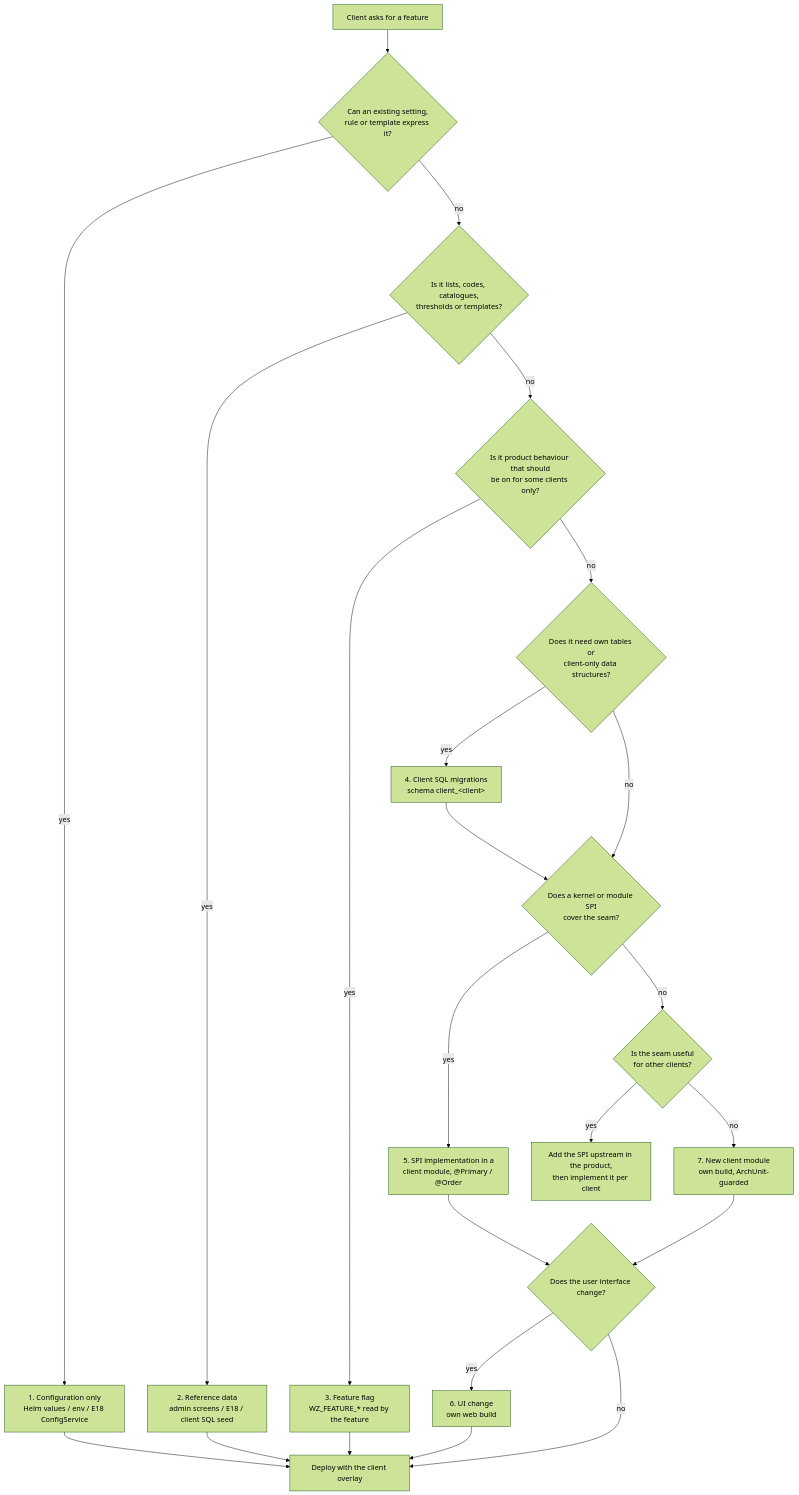
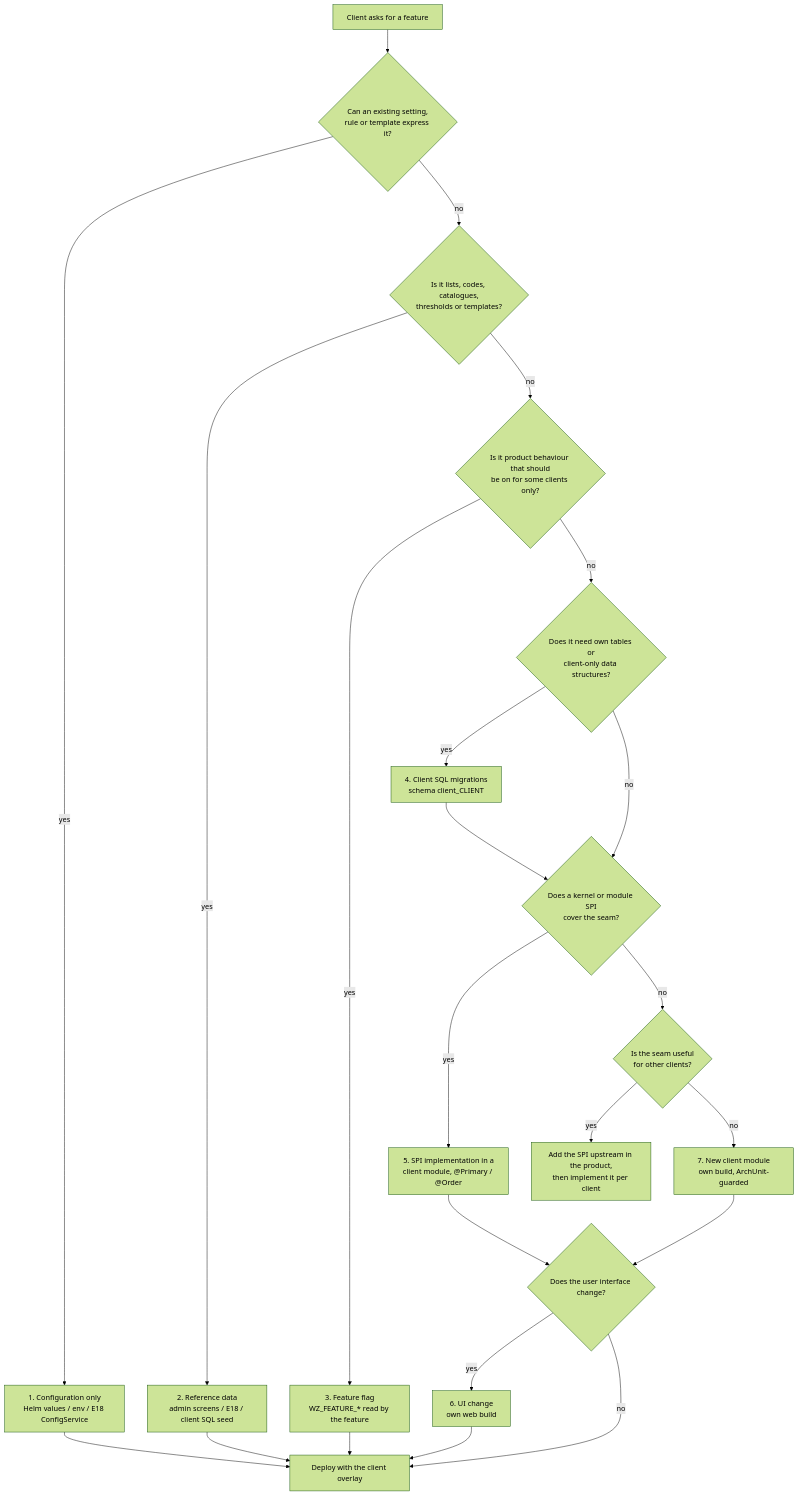
The first of 2 diagrams in docs/customisation/Client-Customisation-Guide.md (9pgvzkjvn4-cmd/WellnessZ), drawn with Mermaid (forest theme) before and after one commit. The commit also changed other lines of this file and 1 other file, not shown here.

````diff
--- a/docs/customisation/Client-Customisation-Guide.md
+++ b/docs/customisation/Client-Customisation-Guide.md
@@ -65,25 +65,25 @@
 ```mermaid
 flowchart TD
     A[Client asks for a feature] --> B{Can an existing setting,<br/>rule or template express it?}
     B -- yes --> C[1. Configuration only<br/>Helm values / env / E18 ConfigService]
     B -- no --> D{Is it lists, codes, catalogues,<br/>thresholds or templates?}
     D -- yes --> E[2. Reference data<br/>admin screens / E18 / client SQL seed]
     D -- no --> F{Is it product behaviour that should<br/>be on for some clients only?}
     F -- yes --> G[3. Feature flag<br/>WZ_FEATURE_* read by the feature]
     F -- no --> H{Does it need own tables or<br/>client-only data structures?}
-    H -- yes --> I[4. Client SQL migrations<br/>schema client_&lt;client&gt;]
+    H -- yes --> I[4. Client SQL migrations<br/>schema client_CLIENT]
     H -- no --> J{Does a kernel or module SPI<br/>cover the seam?}
     I --> J
     J -- yes --> K[5. SPI implementation in a<br/>client module, @Primary / @Order]
     J -- no --> L{Is the seam useful<br/>for other clients?}
     L -- yes --> M[Add the SPI upstream in the product,<br/>then implement it per client]
     L -- no --> N[7. New client module<br/>own build, ArchUnit-guarded]
     K --> O{Does the user interface change?}
     N --> O
     O -- yes --> P[6. UI change<br/>own web build]
     O -- no --> Q[Deploy with the client overlay]
     P --> Q
     C --> Q
     E --> Q
     G --> Q
 ```
````
